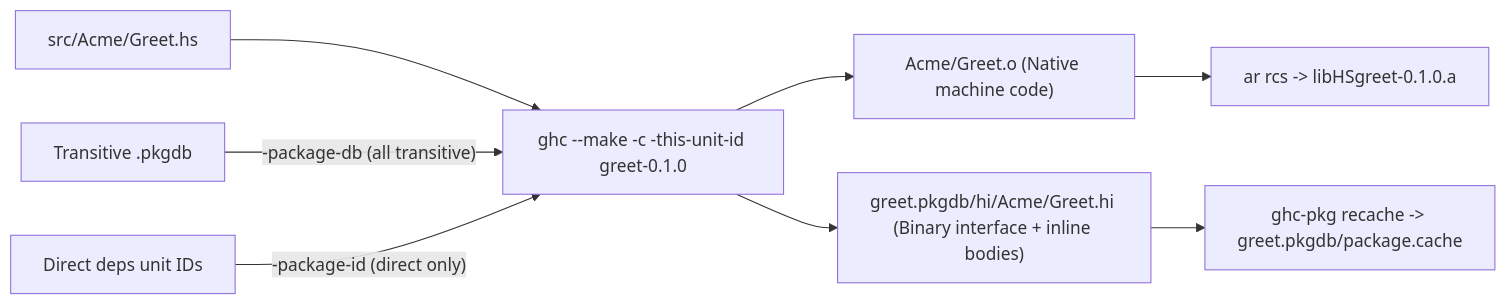
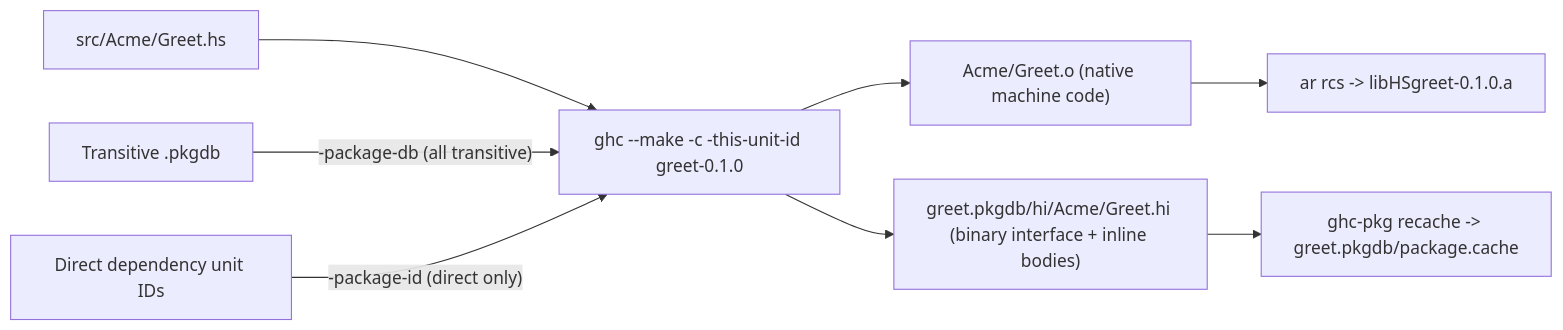
One commit to kaycebasques/hs changed the first of 2 diagrams in docs/content/internals/haskell-and-ghc-primer.md. Above: the diagram before and after it, drawn with Mermaid. The commit also changed other lines of this file and 33 other files, not shown here.

````diff
--- a/docs/content/internals/haskell-and-ghc-primer.md
+++ b/docs/content/internals/haskell-and-ghc-primer.md
@@ -187,10 +175,10 @@
 ```mermaid
 flowchart LR
     SRC["src/Acme/Greet.hs"] --> GHC["ghc --make -c -this-unit-id greet-0.1.0"]
     DEP_TR["Transitive <dep>.pkgdb"] -->|"-package-db (all transitive)"| GHC
-    DEP_DIR["Direct deps unit IDs"] -->|"-package-id (direct only)"| GHC
-    GHC --> OBJ["Acme/Greet.o (Native machine code)"]
-    GHC --> HI["greet.pkgdb/hi/Acme/Greet.hi (Binary interface + inline bodies)"]
+    DEP_DIR["Direct dependency unit IDs"] -->|"-package-id (direct only)"| GHC
+    GHC --> OBJ["Acme/Greet.o (native machine code)"]
+    GHC --> HI["greet.pkgdb/hi/Acme/Greet.hi (binary interface + inline bodies)"]
     OBJ --> AR["ar rcs -> libHSgreet-0.1.0.a"]
     HI --> PKG["ghc-pkg recache -> greet.pkgdb/package.cache"]
 ```
````
